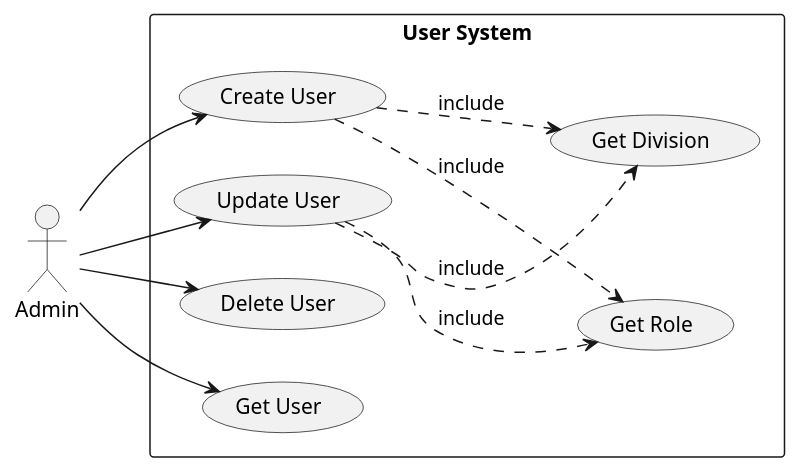
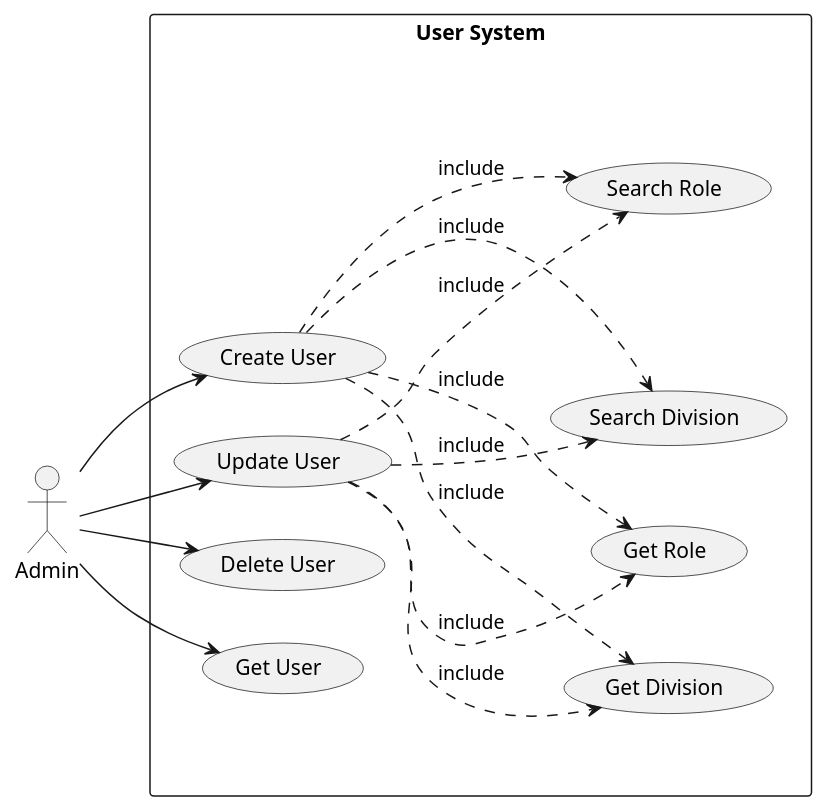
Before and after one commit to fwidjaya20/fazzlearning-uml: the diagram in UseCase/Release01/UserSubSystem.wsd, drawn with PlantUML. The commit also changed 5 other files, not shown here.

```diff
--- a/UseCase/Release01/UserSubSystem.wsd
+++ b/UseCase/Release01/UserSubSystem.wsd
@@ -1,24 +1,29 @@
 @startuml UserSubSystem
 
 left to right direction
 
 skinparam Monochrome true
 skinparam Shadowing false
 skinparam packageStyle rectangle
 
 actor Admin
 
 rectangle "User System" {
     Admin --> (Create User)
     Admin --> (Update User)
     Admin --> (Delete User)
     Admin --> (Get User)
 
     (Create User) ..> (Get Role) : include
     (Create User) ..> (Get Division) : include
 
     (Update User) ..> (Get Role) : include
     (Update User) ..> (Get Division) : include
+
+    (Create User) ..> (Search Role): include
+    (Create User) ..> (Search Division): include
+    (Update User) ..> (Search Role): include
+    (Update User) ..> (Search Division): include
 }
 
 @enduml
```
